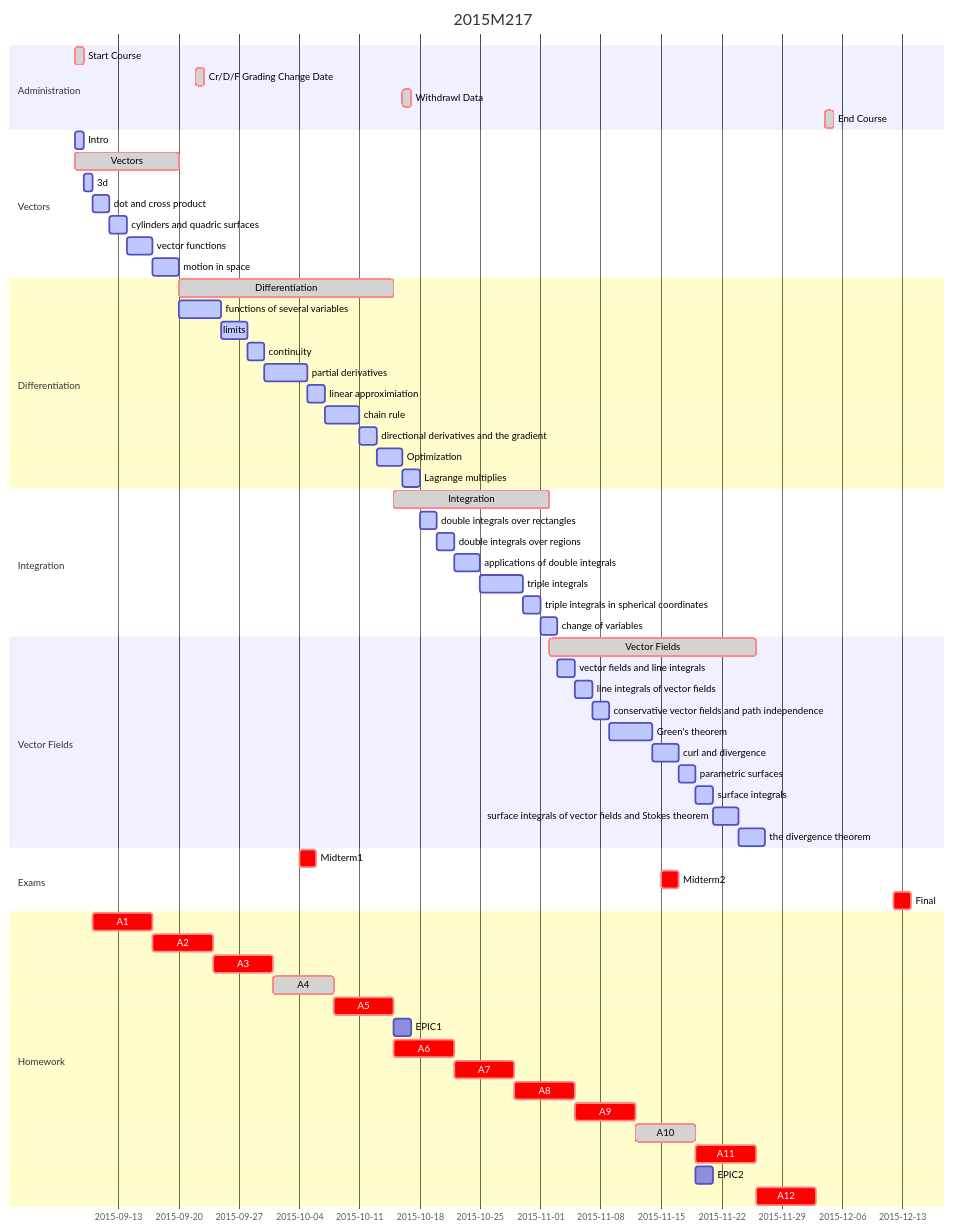
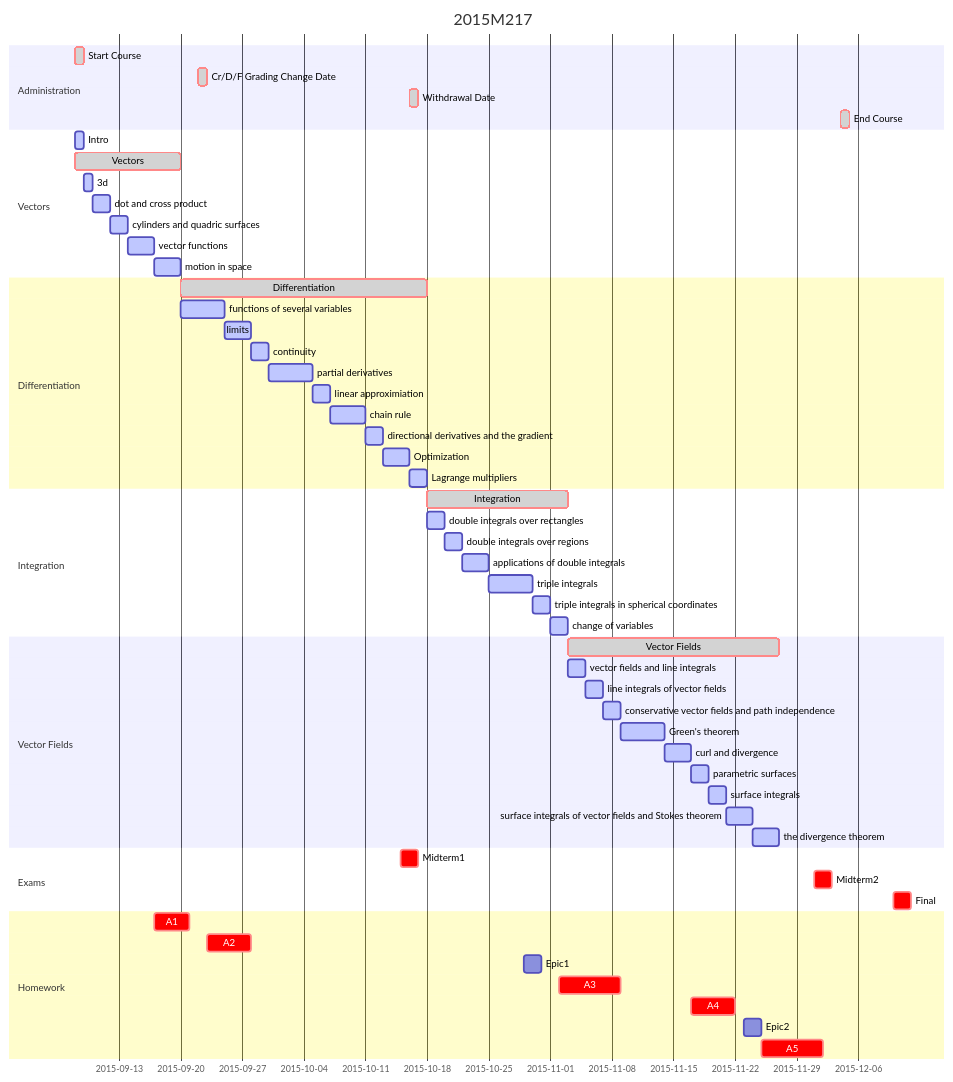
The second of 2 diagrams in pages/schedule.md (colliand/2015M217), drawn with Mermaid before and after one commit. The commit also changed other lines of this file and 2 other files, not shown here.

Commit message:
Add midterm 2 and final exam date to schedule
- add midterm 2 and final exam date to schedule
- add teaching assistant name
- add assignment dates as they actually are
- add tentative epic 2 and assignment 5 dates -- change them later
- fix minor typos ("Withdrawl Data", website name was "2015M2177", etc)

```diff
--- a/pages/schedule.md
+++ b/pages/schedule.md
@@ -107,75 +92,67 @@
 <div class="mermaid">
 gantt
         dateFormat  YYYY-MM-DD
         title 2015M217
 
         section Administration
-        Start Course     :crit, done, admin1, 2015-09-08, 1d
-        Cr/D/F Grading Change Date    :crit, done, admin2, 2015-09-22, 1d
-        Withdrawl Data     :crit, done, admin3, 2015-10-16, 1d
-        End Course      :crit, done, admin4, 2015-12-04, 1d
-
+        Start Course                :crit, done, admin1, 2015-09-08, 1d
+        Cr/D/F Grading Change Date  :crit, done, admin2, 2015-09-22, 1d
+        Withdrawal Date             :crit, done, admin3, 2015-10-16, 1d
+        End Course                  :crit, done, admin4, 2015-12-04, 1d
 
         section Vectors
-        Intro     :active, intro1, 2015-09-08, 1d
-        Vectors             :crit, done,  des1, 2015-09-08, 12d
-        3d                  :active, l1, after intro1, 1d
-        dot and cross product :active, l2, after l1, 2d
+        Intro                           :active, intro1, 2015-09-08, 1d
+        Vectors                         :crit, done, des1, 2015-09-08, 12d
+        3d                              :active, l1, after intro1, 1d
+        dot and cross product           :active, l2, after l1, 2d
         cylinders and quadric surfaces  :active, l3, after l2, 2d
-        vector functions   :active, l4, after l3, 3d
-        motion in space   :active, l5, after l4, 3d
+        vector functions                :active, l4, after l3, 3d
+        motion in space                 :active, l5, after l4, 3d
         
         section Differentiation
-        Differentiation           :crit, done, des2, after des1, 25d
-        functions of several variables  :active, l6, after l5, 5d
-        limits   :active, l7, after l6, 3d
-        continuity :active, l8, after l7, 2d
-        partial derivatives  :active, l9, after l8, 5d
-        linear approximiation  :active , l10, after l9, 2d
-        chain rule  :active, l11, after l10, 4d
-        directional derivatives and the gradient :active, l12, after l11, 2d
-        Optimization :active, l13, after l12, 3d
-        Lagrange multiplies :active, l14, after l13, 2d
+        Differentiation                             :crit, done, des2, after des1, 28d
+        functions of several variables              :active, l6, after l5, 5d
+        limits                                      :active, l7, after l6, 3d
+        continuity                                  :active, l8, after l7, 2d
+        partial derivatives                         :active, l9, after l8, 5d
+        linear approximiation                       :active, l10, after l9, 2d
+        chain rule                                  :active, l11, after l10, 4d
+        directional derivatives and the gradient    :active, l12, after l11, 2d
+        Optimization                                :active, l13, after l12, 3d
+        Lagrange multipliers                        :active, l14, after l13, 2d
         
         section Integration
-        Integration               :crit, done, des3, after des2, 18d
-        double integrals over rectangles :active, l15, after l14, 2d
-        double integrals over regions  :active, l16, after l15, 2d
-        applications of double integrals  :active, l17, after l16, 3d
-        triple integrals   :active, l18, after l17, 5d
-        triple integrals in spherical coordinates  :active, l19, after l18, 2d
-        change of variables   :active, l20, after l19, 2d
+        Integration                                 :crit, done, des3, after des2, 16d
+        double integrals over rectangles            :active, l15, after l14, 2d
+        double integrals over regions               :active, l16, after l15, 2d
+        applications of double integrals            :active, l17, after l16, 3d
+        triple integrals                            :active, l18, after l17, 5d
+        triple integrals in spherical coordinates   :active, l19, after l18, 2d
+        change of variables                         :active, l20, after l19, 2d
         
         section Vector Fields
-        Vector Fields               :crit, done, des4, after des3, 24d
-        vector fields and line integrals    :active, l21, after l20, 2d
-        line integrals of vector fields     :active, l22, after l21, 2d
-        conservative vector fields and path independence    :active, l23, after l22, 2d
-        Green's theorem    :active, l24, after l23, 5d
-        curl and divergence    :active, l25, after l24, 3d
-        parametric surfaces    :active, l26, after l25, 2d
-        surface integrals   :active, l27, after l26, 2d
+        Vector Fields                                           :crit, done, des4, after des3, 24d
+        vector fields and line integrals                        :active, l21, after l20, 2d
+        line integrals of vector fields                         :active, l22, after l21, 2d
+        conservative vector fields and path independence        :active, l23, after l22, 2d
+        Green's theorem                                         :active, l24, after l23, 5d
+        curl and divergence                                     :active, l25, after l24, 3d
+        parametric surfaces                                     :active, l26, after l25, 2d
+        surface integrals                                       :active, l27, after l26, 2d
         surface integrals of vector fields and Stokes theorem   :active, l28, after l27, 3d
-        the divergence theorem   :active, l29, after l28, 3d
+        the divergence theorem                                  :active, l29, after l28, 3d
 
         section Exams
-        Midterm1    :crit, mt1, 2015-10-04, 2d
-        Midterm2    :crit, mt2, 2015-11-15, 2d
-        Final       :crit, final1, 2015-12-12, 2d
+        Midterm1    :crit, mt1, 2015-10-15, 2d
+        Midterm2	:crit, mt2, 2015-12-01, 2d
+        Final		:crit, final1, 2015-12-10, 2d
 
         section Homework
-        A1         :crit, A1, 2015-09-10, 7d
-        A2         :crit, A2, after A1, 7d
-        A3         :crit, A3, after A2, 7d
-        A4         :crit, done, A4, after A3, 7d
-        A5         :crit, A5, after A4, 7d
-        EPIC1       :epic1, after A5, 2d
-        A6         :crit, A6, after A5, 7d
-        A7         :crit, A7, after A6, 7d
-        A8         :crit, A8, after A7, 7d
-        A9         :crit, A9, after A8, 7d
-        A10        :crit, done, A10, after A9, 7d
-        A11        :crit, A11, after A10, 7d
-        EPIC2       : epic2, after A10, 2d 
-        A12         :crit, A12, after A11, 7d  
+        A1          :crit, A1, 2015-09-17, 4d
+        A2          :crit, A2, 2015-09-23, 5d
+        Epic1       :epic1, 2015-10-29, 2d
+        A3          :crit, A3, 2015-11-02, 7d
+        A4          :crit, A4, 2015-11-17, 5d
+        Epic2       :epic2, 2015-11-23, 2d
+        A5          :crit, A5, 2015-11-25, 7d
 </div>
```
